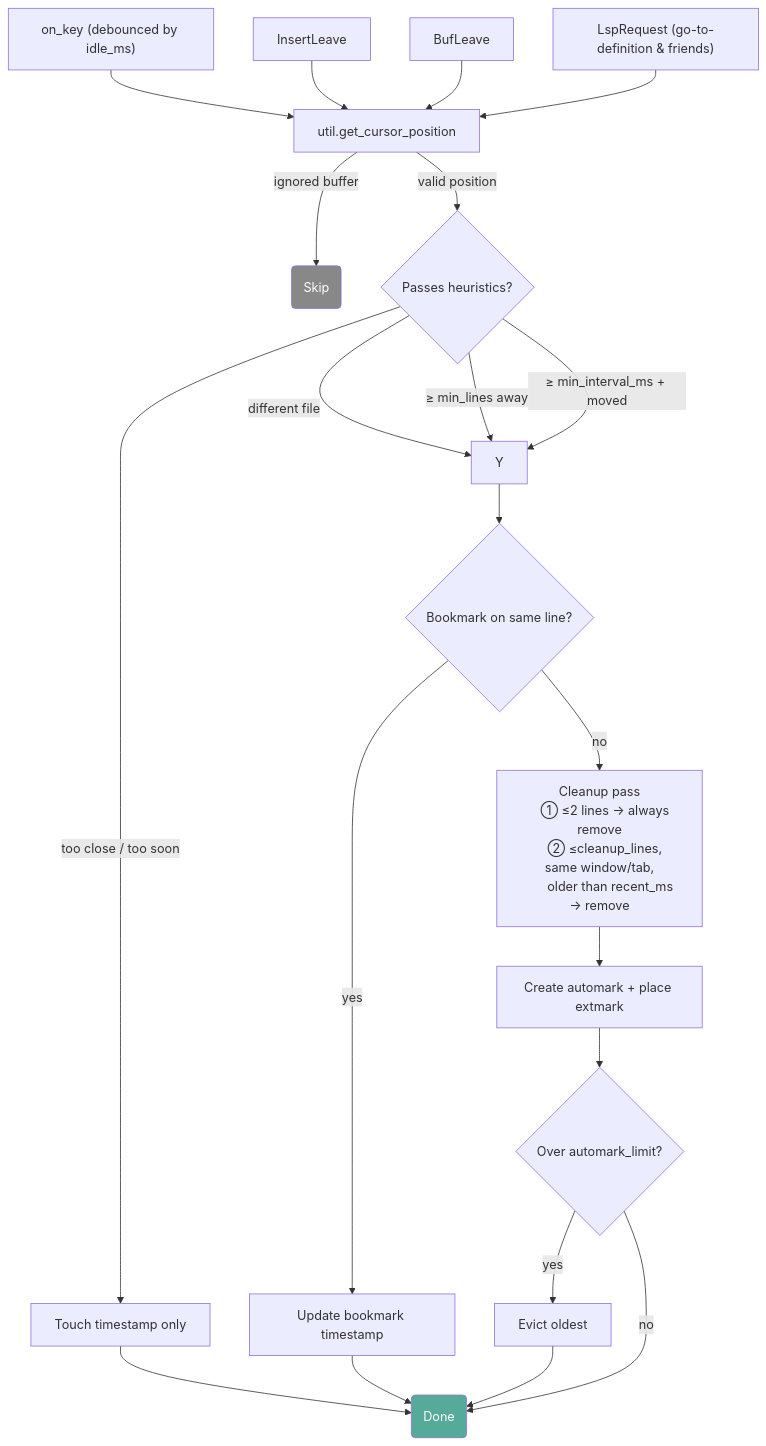
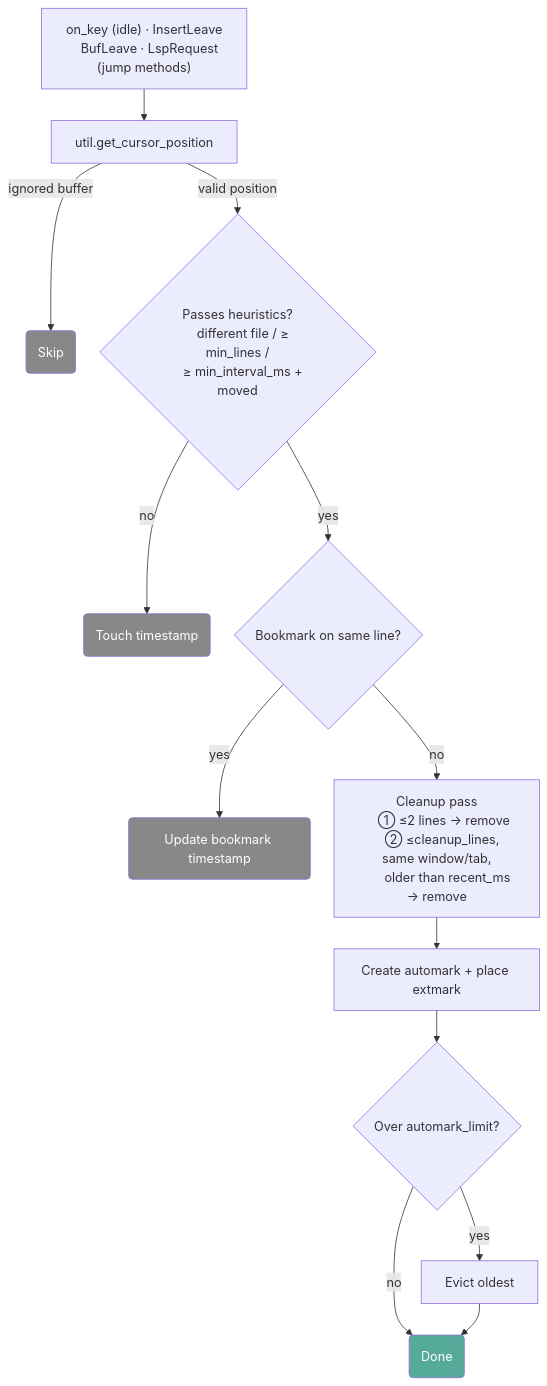
One commit to pablosgraduation/waymark.nvim changed the first of 5 diagrams in ARCHITECTURE.md. Above: the diagram before and after it, drawn with Mermaid.

Commit message:
documentation

````diff
--- a/ARCHITECTURE.md
+++ b/ARCHITECTURE.md
@@ -81,35 +81,40 @@
 ```mermaid
+---
+config:
+  flowchart:
+    nodeSpacing: 30
+    rankSpacing: 40
+---
 flowchart TD
-    A["on_key (debounced by idle_ms)"]
-    B[InsertLeave]
-    C[BufLeave]
-    D["LspRequest (go-to-definition & friends)"]
+    triggers["on_key (idle) · InsertLeave
+    BufLeave · LspRequest (jump methods)"]
 
-    A & B & C & D --> E[util.get_cursor_position]
+    triggers --> E[util.get_cursor_position]
     E -->|ignored buffer| F(Skip)
-    E -->|valid position| G{Passes heuristics?}
+    E -->|valid position| G
 
-    G -->|different file| Y
-    G -->|"≥ min_lines away"| Y
-    G -->|"≥ min_interval_ms + moved"| Y
-    G -->|too close / too soon| T[Touch timestamp only]
-    T --> Z(Done)
+    G{"Passes heuristics?
+    different file / ≥ min_lines /
+    ≥ min_interval_ms + moved"}
+    G -->|no| T(Touch timestamp)
+    G -->|yes| BK{Bookmark on same line?}
 
-    Y --> BK{Bookmark on same line?}
-    BK -->|yes| BKU[Update bookmark timestamp]
-    BKU --> Z
+    BK -->|yes| BKU(Update bookmark timestamp)
     BK -->|no| CL
 
     CL["Cleanup pass
-    ① ≤2 lines → always remove
+    ① ≤2 lines → remove
     ② ≤cleanup_lines, same window/tab,
        older than recent_ms → remove"]
 
     CL --> CR[Create automark + place extmark]
     CR --> EV{Over automark_limit?}
-    EV -->|yes| RM[Evict oldest] --> Z
-    EV -->|no| Z
+    EV -->|yes| RM[Evict oldest]
+    EV -->|no| DN(Done)
+    RM --> DN
 
     style F fill:#888,color:#fff
-    style Z fill:#5a9,color:#fff
+    style T fill:#888,color:#fff
+    style BKU fill:#888,color:#fff
+    style DN fill:#5a9,color:#fff
 ```
````
